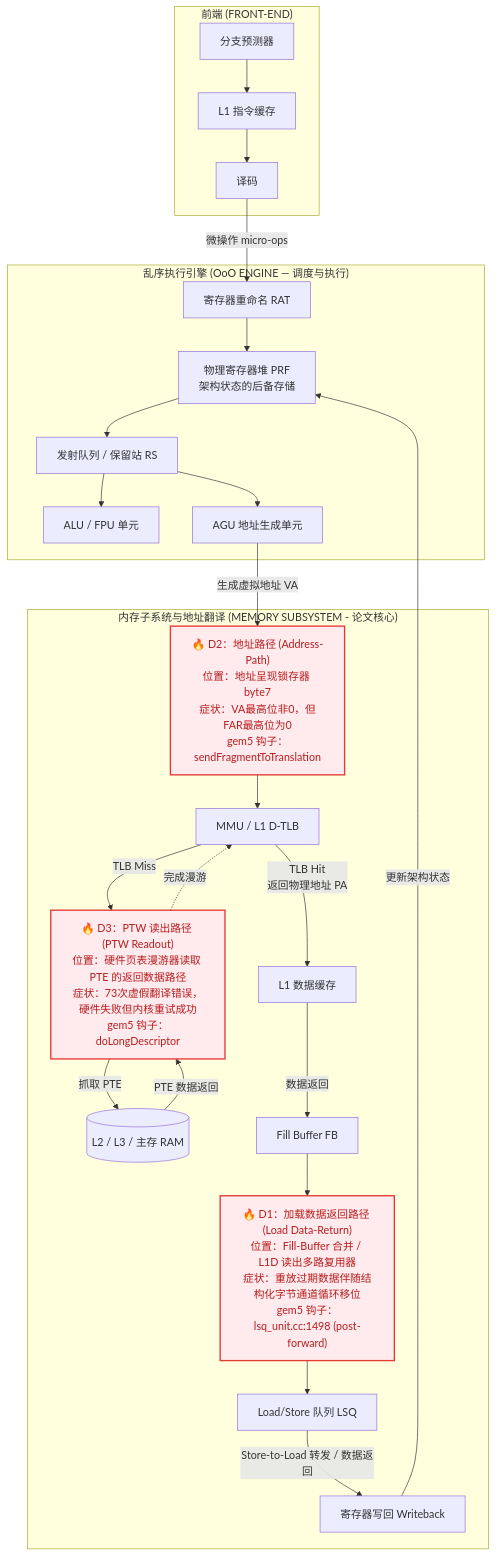
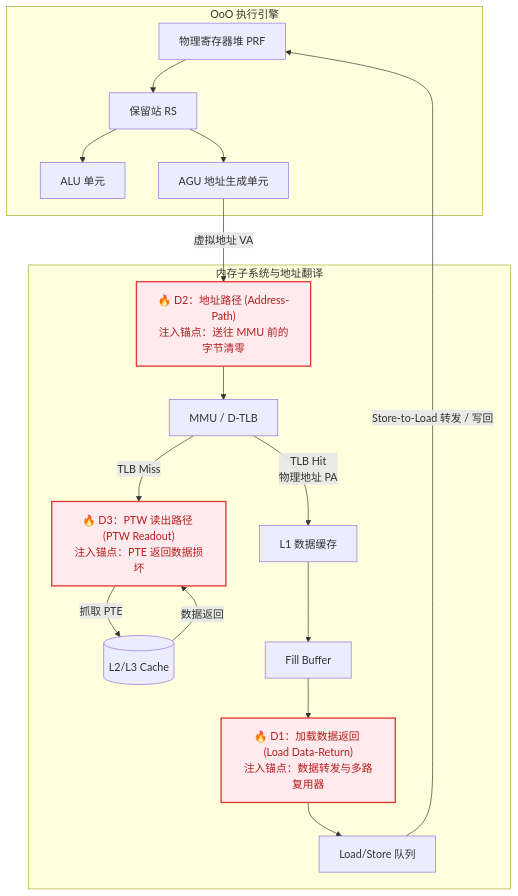
One commit to wangxumarshall/gem5-fi changed the diagram in docs/cases/core179-microarch-rootcause-synthesis/paper_zh.md. Above: the diagram before and after it, drawn with Mermaid. The commit also changed other lines of this file and 3 other files, not shown here.

````diff
--- a/docs/cases/core179-microarch-rootcause-synthesis/paper_zh.md
+++ b/docs/cases/core179-microarch-rootcause-synthesis/paper_zh.md
@@ -67,45 +76,29 @@
 ```mermaid
 graph TD
-    %% [1] FRONT-END
-    subgraph "前端 (FRONT-END)"
-        BP[分支预测器] --> L1I[L1 指令缓存]
-        L1I --> DEC[译码]
-    end
-
-    %% [2] OoO ENGINE
-    subgraph "乱序执行引擎 (OoO ENGINE — 调度与执行)"
-        DEC -->|微操作 micro-ops| RAT[寄存器重命名 RAT]
-        RAT --> PRF[物理寄存器堆 PRF<br>架构状态的后备存储]
-        PRF --> IQ[发射队列 / 保留站 RS]
-        
-        IQ --> ALU[ALU / FPU 单元]
+    subgraph "OoO 执行引擎"
+        PRF[物理寄存器堆 PRF] --> IQ[保留站 RS]
+        IQ --> ALU[ALU 单元]
         IQ --> AGU[AGU 地址生成单元]
     end
 
-    %% [3] MEMORY SUBSYSTEM
-    subgraph "内存子系统与地址翻译 (MEMORY SUBSYSTEM - 论文核心)"
-        AGU -->|生成虚拟地址 VA| D2["🔥 D2：地址路径 (Address-Path)<br>位置：地址呈现锁存器 byte7<br>症状：VA最高位非0，但FAR最高位为0<br>gem5 钩子：sendFragmentToTranslation"]
+    subgraph "内存子系统与地址翻译"
+        AGU -->|虚拟地址 VA| D2["🔥 D2：地址路径 (Address-Path)<br>注入锚点：送往 MMU 前的字节清零"]
         
-        D2 --> MMU[MMU / L1 D-TLB]
+        D2 --> MMU[MMU / D-TLB]
         
-        MMU -->|TLB Miss| D3["🔥 D3：PTW 读出路径 (PTW Readout)<br>位置：硬件页表漫游器读取 PTE 的返回数据路径<br>症状：73次虚假翻译错误，硬件失败但内核重试成功<br>gem5 钩子：doLongDescriptor"]
+        MMU -->|TLB Miss| D3["🔥 D3：PTW 读出路径 (PTW Readout)<br>注入锚点：PTE 返回数据损坏"]
+        D3 -->|抓取 PTE| RAM[(L2/L3 Cache)]
+        RAM -->|数据返回| D3
         
-        D3 -->|抓取 PTE| RAM[(L2 / L3 / 主存 RAM)]
-        RAM -->|PTE 数据返回| D3
+        MMU -->|TLB Hit<br>物理地址 PA| L1D[L1 数据缓存]
+        L1D --> FB[Fill Buffer]
         
-        D3 -.->|完成漫游| MMU
-        
-        MMU -->|TLB Hit<br>返回物理地址 PA| L1D[L1 数据缓存]
-        L1D -->|数据返回| FB[Fill Buffer FB]
-        
-        FB --> D1["🔥 D1：加载数据返回路径 (Load Data-Return)<br>位置：Fill-Buffer 合并 / L1D 读出多路复用器<br>症状：重放过期数据伴随结构化字节通道循环移位<br>gem5 钩子：lsq_unit.cc:1498 (post-forward)"]
-        
-        D1 --> LSQ[Load/Store 队列 LSQ]
-        LSQ -->|Store-to-Load 转发 / 数据返回| WB[寄存器写回 Writeback]
-        WB -->|更新架构状态| PRF
+        FB --> D1["🔥 D1：加载数据返回 (Load Data-Return)<br>注入锚点：数据转发与多路复用器"]
+        D1 --> LSQ[Load/Store 队列]
+        LSQ -->|Store-to-Load 转发 / 写回| PRF
     end
     
     style D1 fill:#ffebee,stroke:#e53935,stroke-width:2px,color:#b71c1c
     style D2 fill:#ffebee,stroke:#e53935,stroke-width:2px,color:#b71c1c
     style D3 fill:#ffebee,stroke:#e53935,stroke-width:2px,color:#b71c1c
 ```
````
